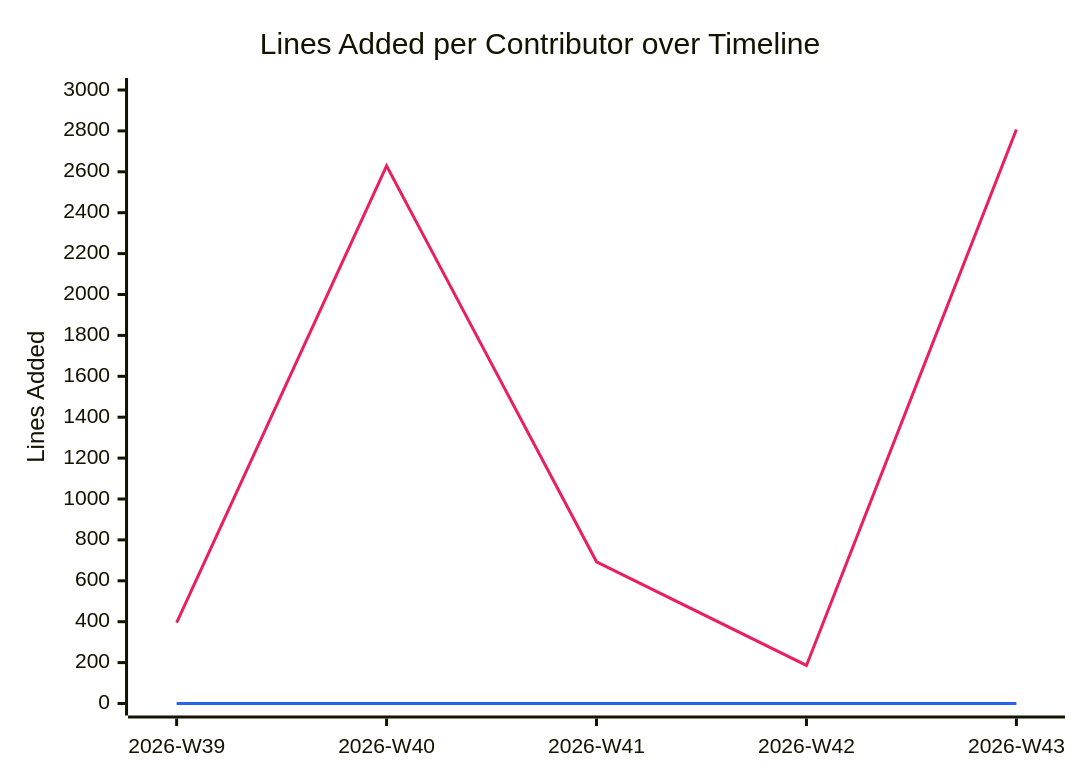
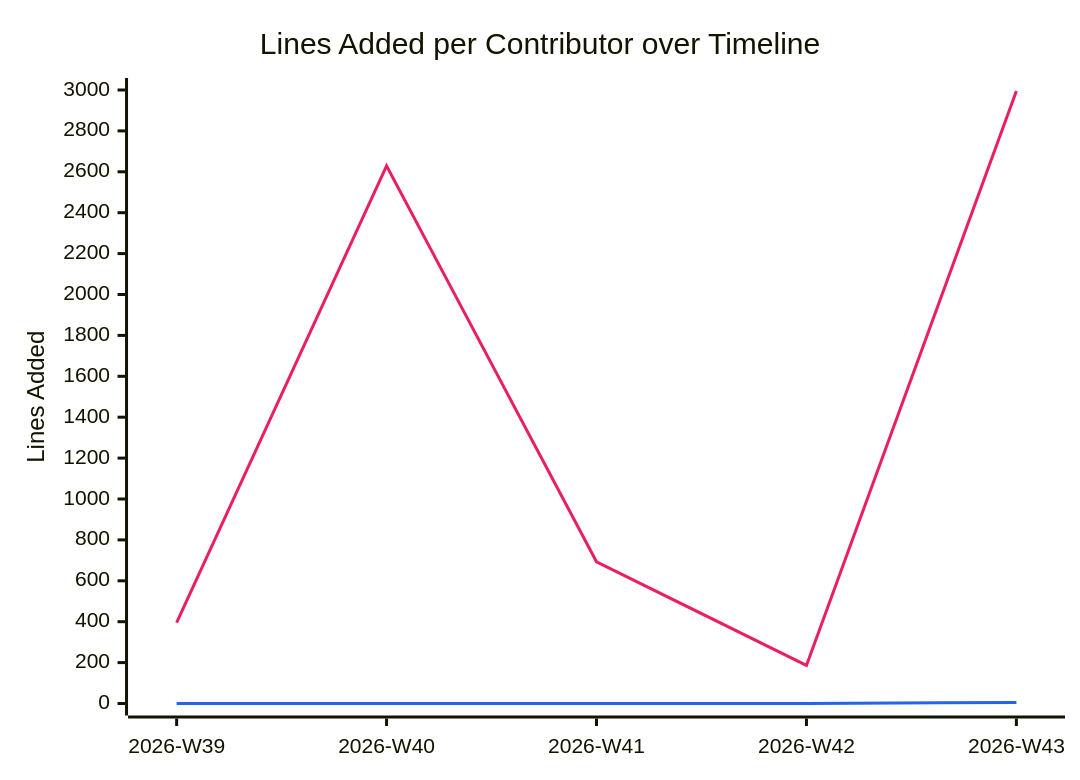
Before and after one commit to BeyondMagic/wisp: the diagram in documentation/snippets/management/code-additions.mmd, drawn with Mermaid. The commit also changed 2 other files, not shown here.

```diff
--- a/documentation/snippets/management/code-additions.mmd
+++ b/documentation/snippets/management/code-additions.mmd
@@ -1,7 +1,7 @@
 %%{init: {"themeVariables": {"xyChart": {"plotColorPalette": "#e91e63, #2563eb"}}}}%%
 xychart-beta
     title "Lines Added per Contributor over Timeline"
     x-axis ["2026-W39", "2026-W40", "2026-W41", "2026-W42", "2026-W43"]
     y-axis "Lines Added" 0 --> 3000
-    line [395, 2629, 693, 186, 2807]
-    line [0, 0, 0, 0, 0]
+    line [395, 2629, 693, 186, 2995]
+    line [0, 0, 0, 0, 5]
```
